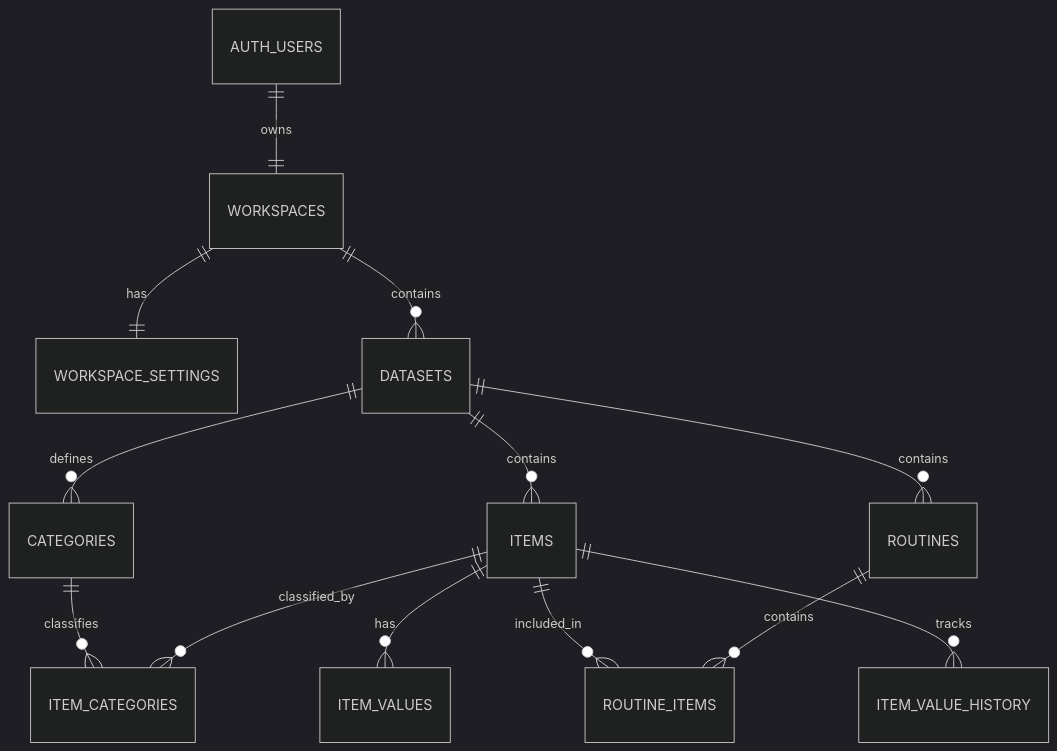
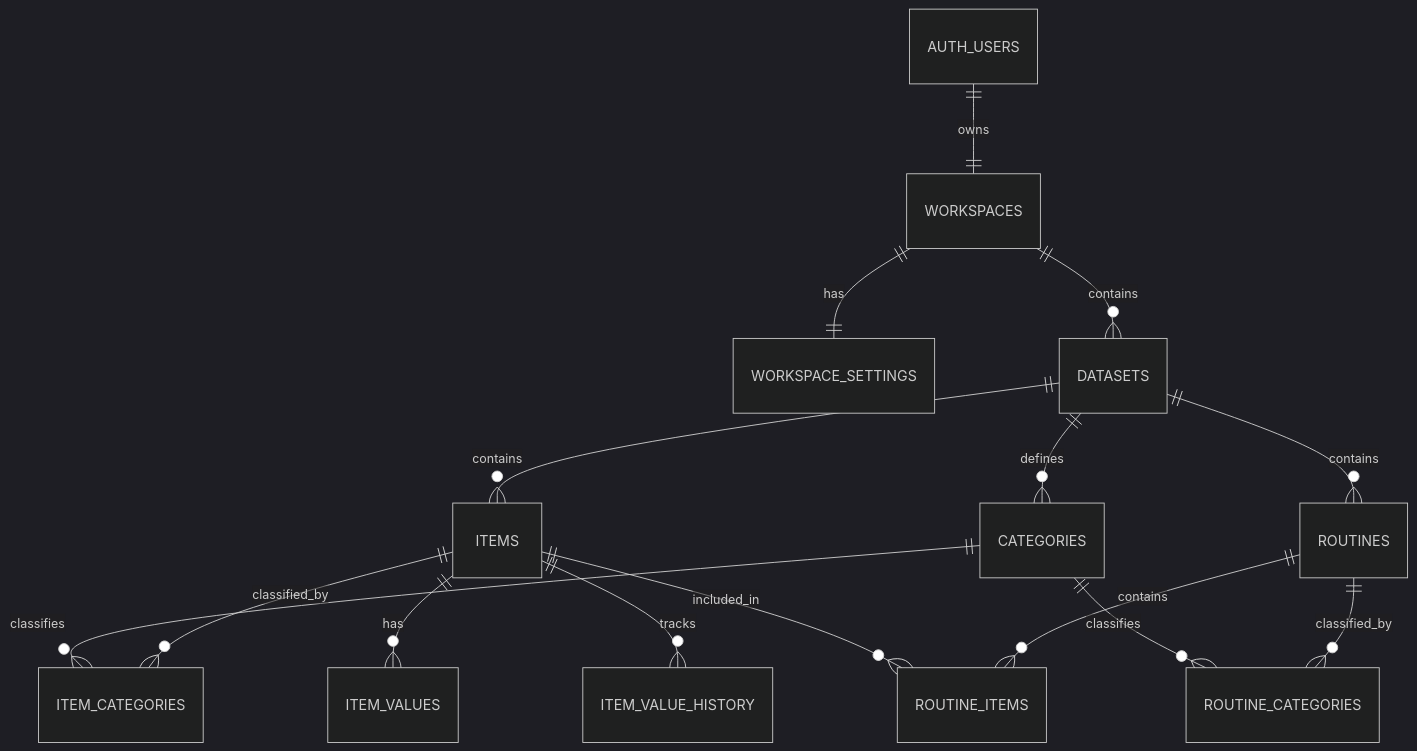
The diagram in docs/database-schema.md (barlow-family/sift), drawn with Mermaid (dark theme) before and after one commit. The commit also changed other lines of this file, not shown here.

Commit message:
Document routine category restrictions

````diff
--- a/docs/database-schema.md
+++ b/docs/database-schema.md
@@ -9,15 +9,17 @@
 ```mermaid
 erDiagram
   AUTH_USERS ||--|| WORKSPACES : owns
   WORKSPACES ||--|| WORKSPACE_SETTINGS : has
   WORKSPACES ||--o{ DATASETS : contains
   DATASETS ||--o{ ITEMS : contains
   DATASETS ||--o{ CATEGORIES : defines
   DATASETS ||--o{ ROUTINES : contains
   ITEMS ||--o{ ITEM_CATEGORIES : classified_by
   CATEGORIES ||--o{ ITEM_CATEGORIES : classifies
   ROUTINES ||--o{ ROUTINE_ITEMS : contains
+  ROUTINES ||--o{ ROUTINE_CATEGORIES : classified_by
+  CATEGORIES ||--o{ ROUTINE_CATEGORIES : classifies
   ITEMS ||--o{ ROUTINE_ITEMS : included_in
   ITEMS ||--o{ ITEM_VALUES : has
   ITEMS ||--o{ ITEM_VALUE_HISTORY : tracks
 ```
````
